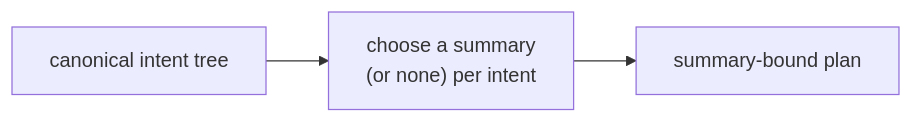
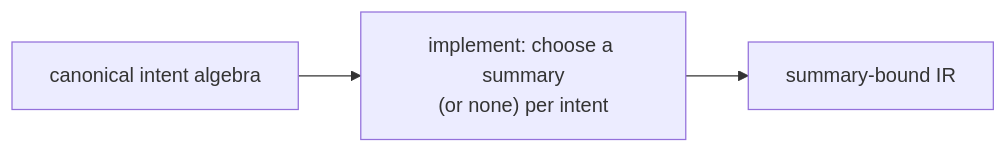
The third of 5 diagrams in docs/design.md (ProjectASAP/ASAPPlanner), drawn with Mermaid before and after one commit. The commit also changed other lines of this file, not shown here.

````diff
--- a/docs/design.md
+++ b/docs/design.md
@@ -117,4 +158,4 @@
 ```mermaid
 flowchart LR
-    L2N["canonical intent tree"] --> IT["choose a summary\n(or none) per intent"] --> L3N["summary-bound plan"]
+    L2N["canonical intent algebra"] --> IT["implement: choose a summary\n(or none) per intent"] --> L3N["summary-bound IR"]
 ```
````
